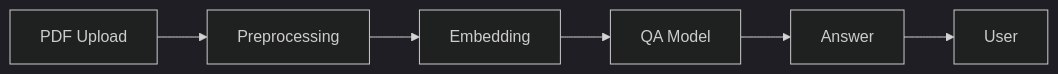
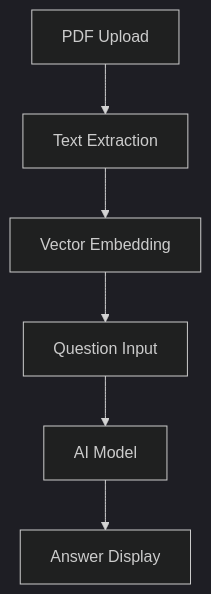
One commit to Sakshi983-cmd/-pdf-qa-bot changed the first of 2 diagrams in README.md. Above: the diagram before and after it, drawn with Mermaid (dark theme). The commit also changed other lines of this file, not shown here.

````diff
--- a/README.md
+++ b/README.md
@@ -46,8 +37,8 @@
 ```mermaid
-graph LR
-    A[PDF Upload] --> B[Preprocessing]
-    B --> C[Embedding]
-    C --> D[QA Model]
-    D --> E[Answer]
-    E --> F[User]
+graph TD
+    A[PDF Upload] --> B[Text Extraction]
+    B --> C[Vector Embedding]
+    C --> D[Question Input]
+    D --> E[AI Model]
+    E --> F[Answer Display]
 ```
````
